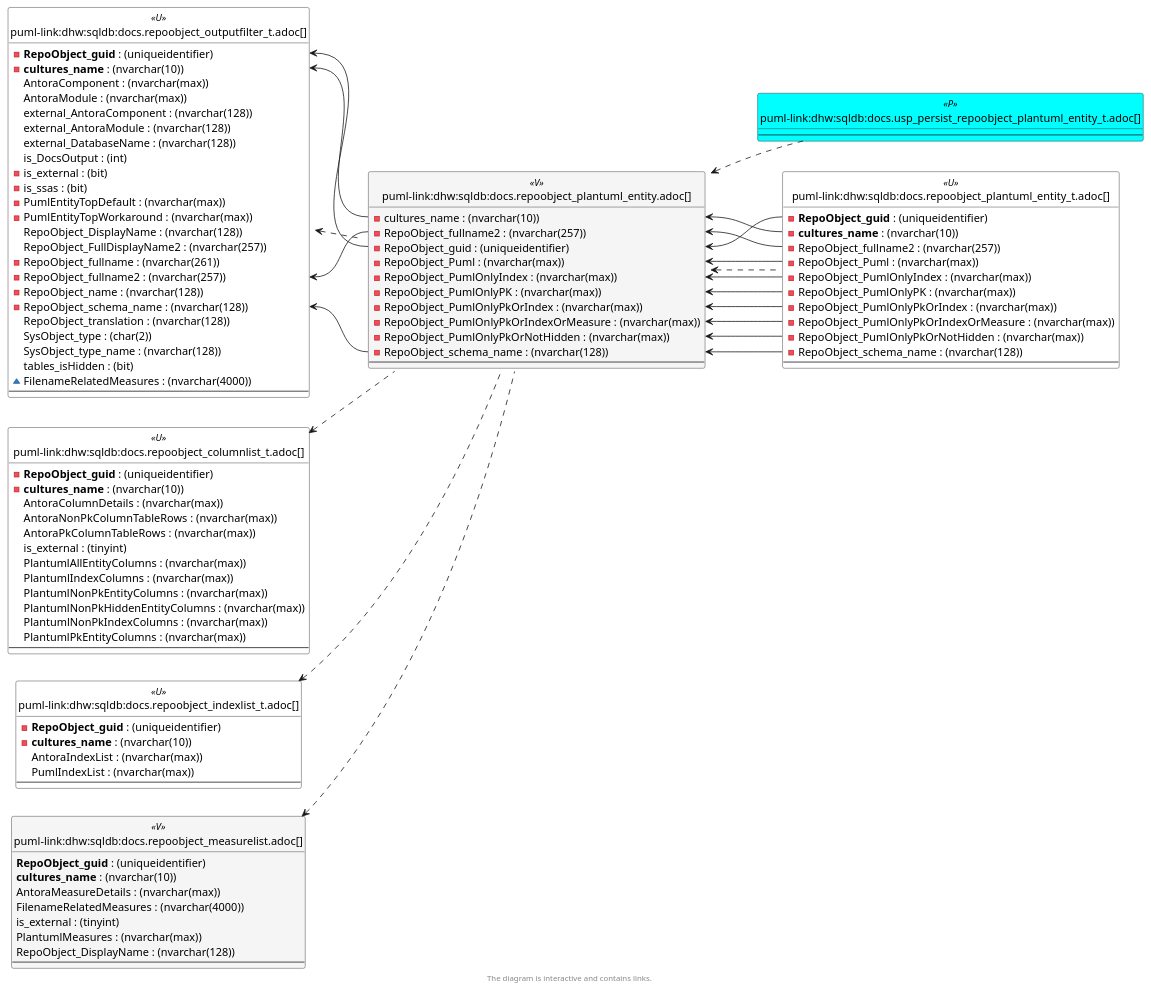
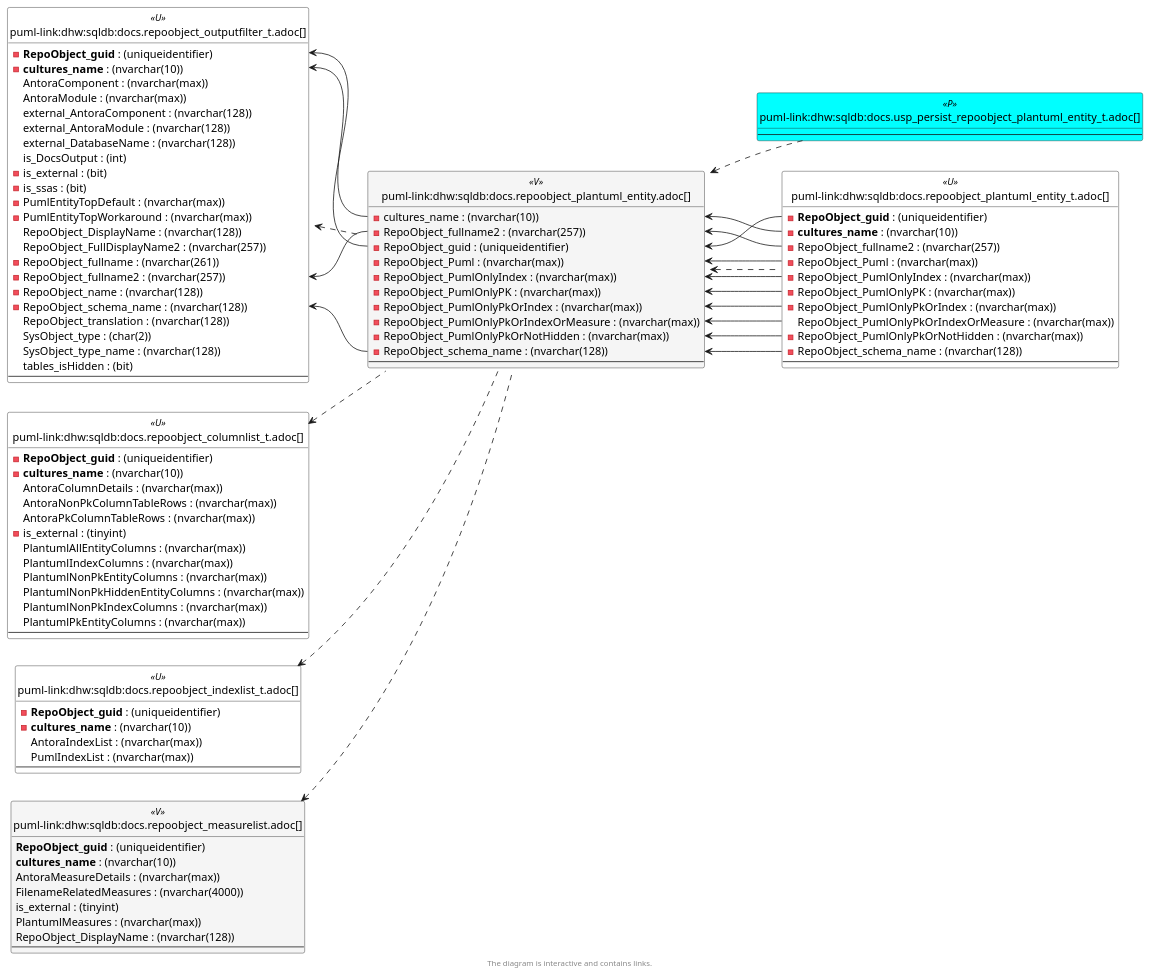
The sixth of 6 diagrams in docs/modules/sqldb/partials/content/docs.repoobject_plantuml_entity.adoc (DataHandwerk/dhw-antora-sqldb), drawn with PlantUML before and after one commit. The commit also changed other lines of this file and 641 other files, not shown here.

```diff
--- a/docs/modules/sqldb/partials/content/docs.repoobject_plantuml_entity.adoc
+++ b/docs/modules/sqldb/partials/content/docs.repoobject_plantuml_entity.adoc
@@ -2697,7 +2697,7 @@
   AntoraColumnDetails : (nvarchar(max))
   AntoraNonPkColumnTableRows : (nvarchar(max))
   AntoraPkColumnTableRows : (nvarchar(max))
-  is_external : (tinyint)
+  - is_external : (tinyint)
   PlantumlAllEntityColumns : (nvarchar(max))
   PlantumlIndexColumns : (nvarchar(max))
   PlantumlNonPkEntityColumns : (nvarchar(max))
@@ -2749,7 +2749,6 @@
   SysObject_type : (char(2))
   SysObject_type_name : (nvarchar(128))
   tables_isHidden : (bit)
-  ~ FilenameRelatedMeasures : (nvarchar(4000))
   --
 }
 
@@ -2775,7 +2774,7 @@
   - RepoObject_PumlOnlyIndex : (nvarchar(max))
   - RepoObject_PumlOnlyPK : (nvarchar(max))
   - RepoObject_PumlOnlyPkOrIndex : (nvarchar(max))
-  - RepoObject_PumlOnlyPkOrIndexOrMeasure : (nvarchar(max))
+  RepoObject_PumlOnlyPkOrIndexOrMeasure : (nvarchar(max))
   - RepoObject_PumlOnlyPkOrNotHidden : (nvarchar(max))
   - RepoObject_schema_name : (nvarchar(128))
   --
```
